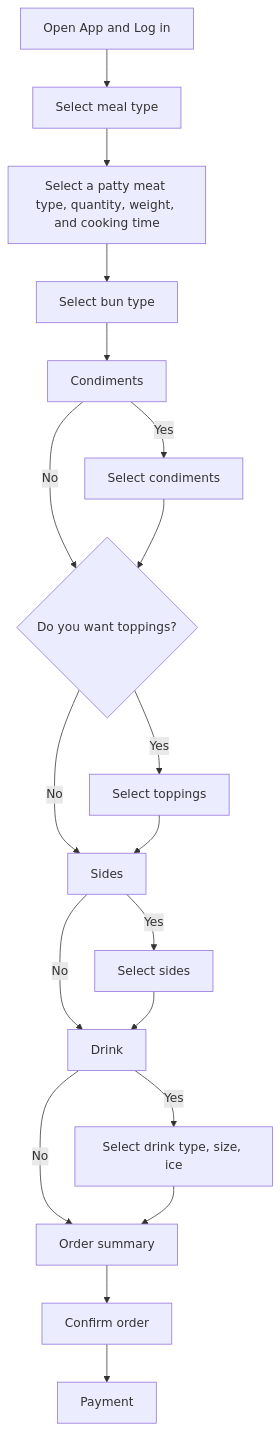
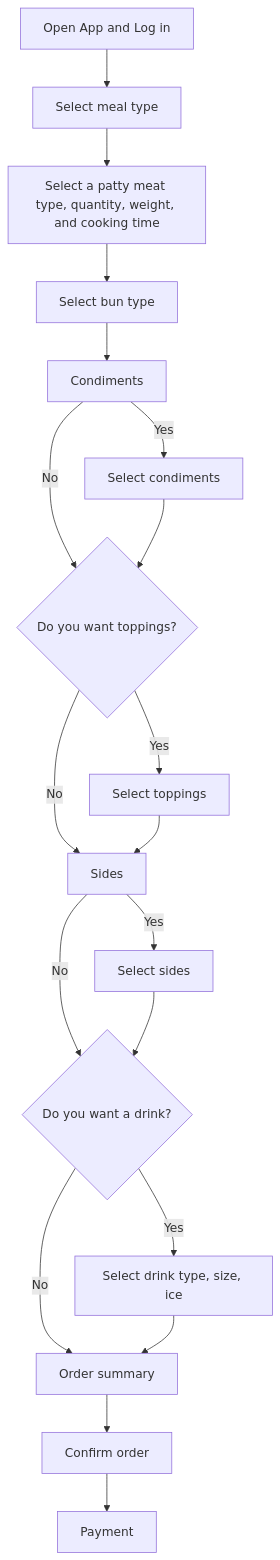
One commit to miriam1986/student-showcase changed the diagram in student-work/miriam-rosenberg/api-final-project/readme.md. Above: the diagram before and after it, drawn with Mermaid.

````diff
--- a/student-work/miriam-rosenberg/api-final-project/readme.md
+++ b/student-work/miriam-rosenberg/api-final-project/readme.md
@@ -13,23 +13,23 @@
 ```mermaid
 
 flowchart TD
  A[Open App and Log in] --> B[Select meal type]
    B --> C[Select a patty meat type, quantity, weight, and cooking time]
    C --> D[Select bun type]
    D --> E[Condiments]
    E -->|No| G{Do you want toppings?}
    E -->|Yes| F[Select condiments]
    F --> G{Do you want toppings?}
    G -->|No| I[Sides]
    G -->|Yes| H[Select toppings]
    H --> I[Sides]
    I -->|Yes| J[Select sides]
    I -->|No| K{Do you want a drink?}
-  J --> K[Drink]
+  J --> K{Do you want a drink?}
   K -->|Yes| L[Select drink type, size, ice]
   K -->|No| M[Order summary]
   L --> M[Order summary]
   M --> N[Confirm order]
   N --> O[Payment]
    
 ```
````
